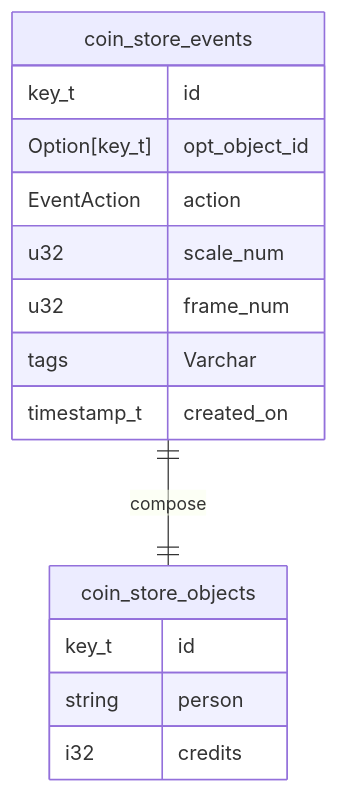
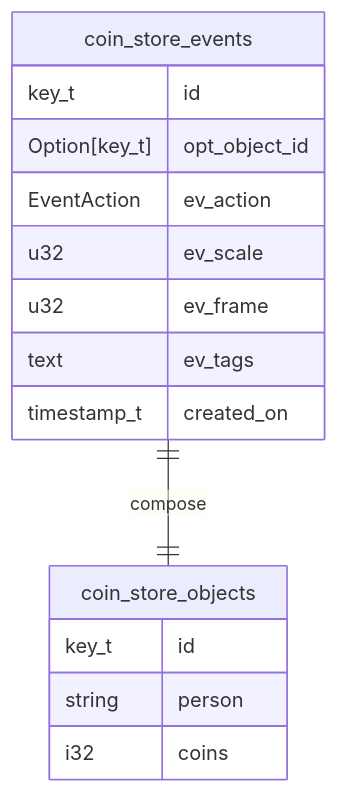
The second of 4 diagrams in lan/protos/2025/001 Rust Diesel Event Sourcing/tasks/2025/000 Implement the Event Accumulator/tasks/001 Create coin table events to experiment with aggregation being in views.md (deltatraced/delta-trace), drawn with Mermaid before and after one commit. The commit also changed other lines of this file and 19 other files, not shown here.

````diff
--- a/lan/protos/2025/001 Rust Diesel Event Sourcing/tasks/2025/000 Implement the Event Accumulator/tasks/001 Create coin table events to experiment with aggregation being in views.md
+++ b/lan/protos/2025/001 Rust Diesel Event Sourcing/tasks/2025/000 Implement the Event Accumulator/tasks/001 Create coin table events to experiment with aggregation being in views.md
@@ -74,19 +78,19 @@
 ```mermaid
 erDiagram
 	coin_store_objects {
 		key_t id
 		string person
-		i32 credits
+		i32 coins
 	}
 
 	coin_store_events {
 		key_t id
 		Option[key_t] opt_object_id
-		EventAction action
-		u32 scale_num
-		u32 frame_num
-		tags Varchar
+		EventAction ev_action
+		u32 ev_scale
+		u32 ev_frame
+		text ev_tags
 		timestamp_t created_on
 	}
 	coin_store_events ||--|| coin_store_objects : compose
 ```
````
